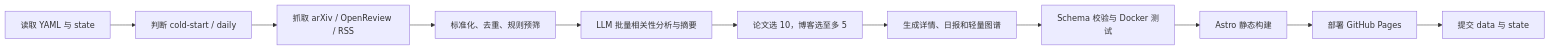
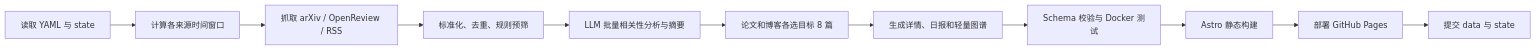
The diagram in docs/superpowers/specs/2026-08-09-recsys-daily-design.md (Bin-Zhang-hhht/rec-sys-daily), drawn with Mermaid before and after one commit. The commit also changed other lines of this file, not shown here.

Commit message:
docs: unify daily workflow and shard stored items

````diff
--- a/docs/superpowers/specs/2026-08-09-recsys-daily-design.md
+++ b/docs/superpowers/specs/2026-08-09-recsys-daily-design.md
@@ -313,13 +314,13 @@
 ```mermaid
 flowchart LR
-    A["读取 YAML 与 state"] --> B["判断 cold-start / daily"]
+    A["读取 YAML 与 state"] --> B["计算各来源时间窗口"]
     B --> C["抓取 arXiv / OpenReview / RSS"]
     C --> D["标准化、去重、规则预筛"]
     D --> E["LLM 批量相关性分析与摘要"]
-    E --> F["论文选 10，博客选至多 5"]
+    E --> F["论文和博客各选目标 8 篇"]
     F --> G["生成详情、日报和轻量图谱"]
     G --> H["Schema 校验与 Docker 测试"]
     H --> I["Astro 静态构建"]
     I --> J["部署 GitHub Pages"]
     J --> K["提交 data 与 state"]
 ```
````
